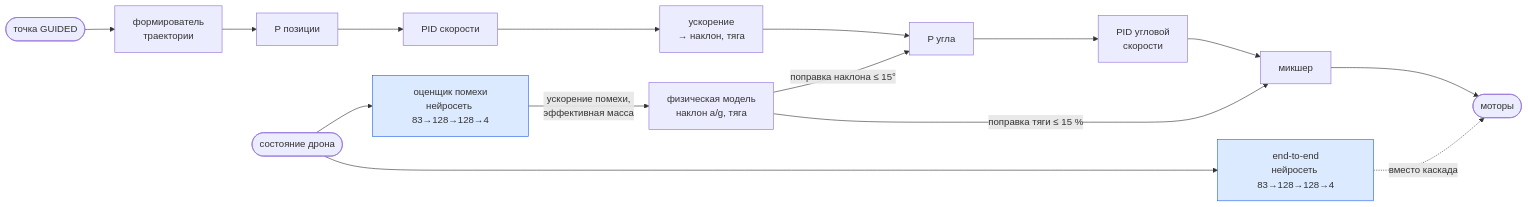
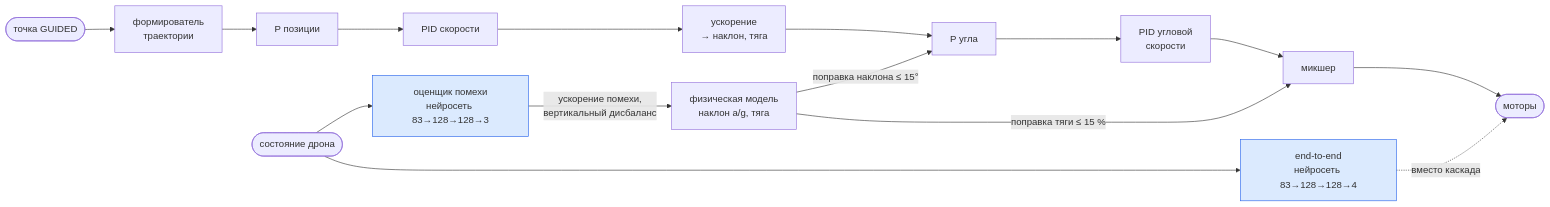
Before and after one commit to VermennikovMV/Copter_PID-RL: the diagram in README.md, drawn with Mermaid. The commit also changed other lines of this file and 7 other files, not shown here.

````diff
--- a/README.md
+++ b/README.md
@@ -15,13 +15,13 @@
 ```mermaid
 flowchart LR
     T([точка GUIDED]) --> S[формирователь<br/>траектории]
     S --> P[P позиции] --> V[PID скорости] --> A[ускорение<br/>→ наклон, тяга]
     A --> ANG[P угла] --> R[PID угловой<br/>скорости] --> M[микшер] --> MOT([моторы])
-    X([состояние дрона]) --> E[оценщик помехи<br/>нейросеть 83→128→128→4]
-    E -->|ускорение помехи,<br/>эффективная масса| F[физическая модель<br/>наклон a/g, тяга]
+    X([состояние дрона]) --> E[оценщик помехи<br/>нейросеть 83→128→128→3]
+    E -->|ускорение помехи,<br/>вертикальный дисбаланс| F[физическая модель<br/>наклон a/g, тяга]
     F -->|"поправка наклона ≤ 15°"| ANG
     F -->|"поправка тяги ≤ 15 %"| M
     X --> N[end-to-end<br/>нейросеть 83→128→128→4] -.->|вместо каскада| MOT
     classDef net fill:#dbeafe,stroke:#2563eb
     class E,N net
 ```
````
